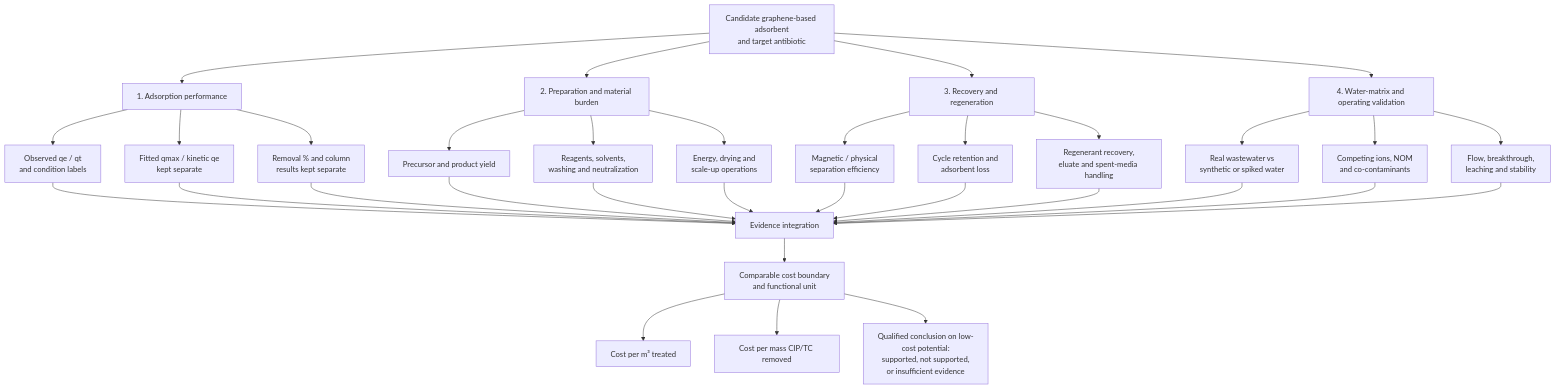
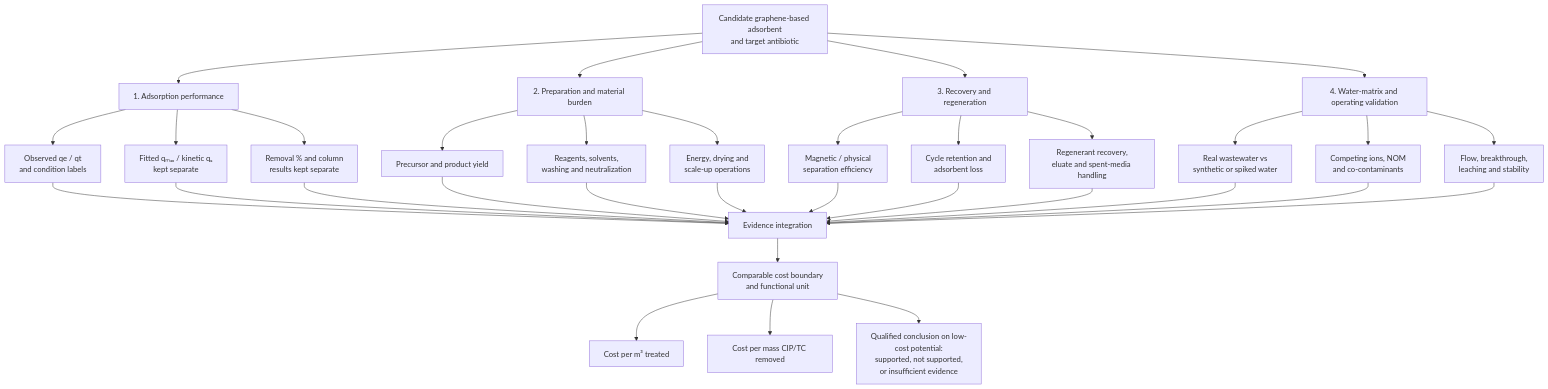
One commit to zaidkhan005/reviewAdsorbants changed the fifth of 5 diagrams in manuscript/SEMESTER_MANUSCRIPT_ASSEMBLED_SOURCE_V2.md. Above: the diagram before and after it, drawn with Mermaid. The commit also changed other lines of this file, not shown here.

Commit message:
Proofread manuscript prose and improve study-paragraph flow

````diff
--- a/manuscript/SEMESTER_MANUSCRIPT_ASSEMBLED_SOURCE_V2.md
+++ b/manuscript/SEMESTER_MANUSCRIPT_ASSEMBLED_SOURCE_V2.md
@@ -629,41 +645,41 @@
 ```mermaid
 flowchart TB
     A["Candidate graphene-based adsorbent<br/>and target antibiotic"] --> B["1. Adsorption performance"]
     A --> C["2. Preparation and material burden"]
     A --> D["3. Recovery and regeneration"]
     A --> E["4. Water-matrix and operating validation"]
 
     B --> B1["Observed qe / qt<br/>and condition labels"]
-    B --> B2["Fitted qmax / kinetic qe<br/>kept separate"]
+    B --> B2["Fitted qₘₐₓ / kinetic qₑ<br/>kept separate"]
     B --> B3["Removal % and column<br/>results kept separate"]
 
     C --> C1["Precursor and product yield"]
     C --> C2["Reagents, solvents,<br/>washing and neutralization"]
     C --> C3["Energy, drying and<br/>scale-up operations"]
 
     D --> D1["Magnetic / physical<br/>separation efficiency"]
     D --> D2["Cycle retention and<br/>adsorbent loss"]
     D --> D3["Regenerant recovery,<br/>eluate and spent-media handling"]
 
     E --> E1["Real wastewater vs<br/>synthetic or spiked water"]
     E --> E2["Competing ions, NOM<br/>and co-contaminants"]
     E --> E3["Flow, breakthrough,<br/>leaching and stability"]
 
     B1 --> F["Evidence integration"]
     B2 --> F
     B3 --> F
     C1 --> F
     C2 --> F
     C3 --> F
     D1 --> F
     D2 --> F
     D3 --> F
     E1 --> F
     E2 --> F
     E3 --> F
 
     F --> G["Comparable cost boundary<br/>and functional unit"]
     G --> G1["Cost per m³ treated"]
     G --> G2["Cost per mass CIP/TC removed"]
     G --> H["Qualified conclusion on low-cost potential:<br/>supported, not supported,<br/>or insufficient evidence"]
 ```
````
